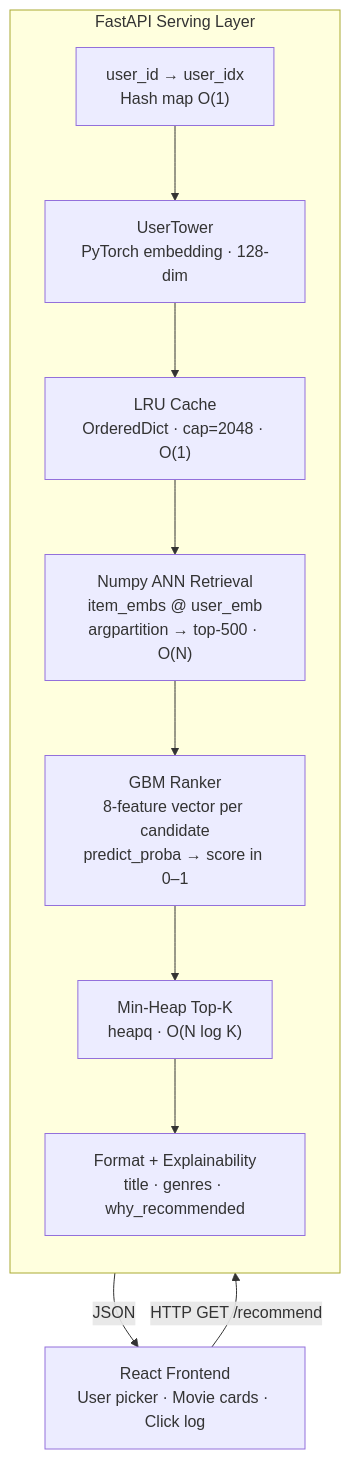
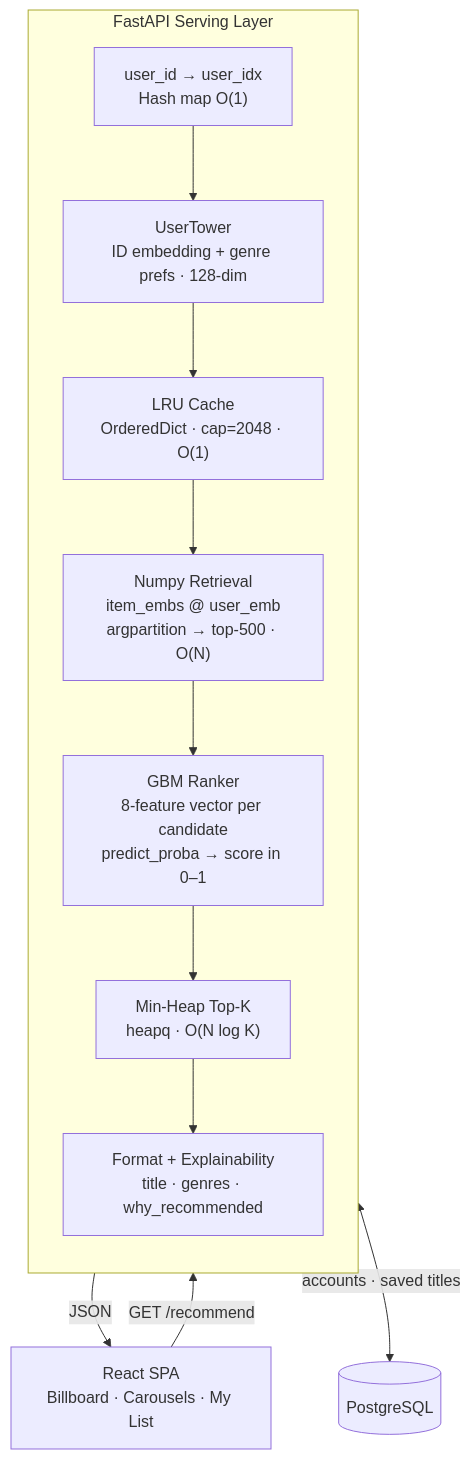
The diagram in README.md (Yadu080/Two-Tower_Recommendation_System), drawn with Mermaid before and after one commit. The commit also changed other lines of this file, not shown here.

````diff
--- a/README.md
+++ b/README.md
@@ -155,17 +180,18 @@
 ```mermaid
 flowchart TD
-    A[React Frontend\nUser picker · Movie cards · Click log] -->|HTTP GET /recommend| B
+    A[React SPA\nBillboard · Carousels · My List] -->|GET /recommend| B
 
     subgraph B[FastAPI Serving Layer]
         direction TB
         C[user_id → user_idx\nHash map O&lpar;1&rpar;]
-        --> D[UserTower\nPyTorch embedding · 128-dim]
+        --> D[UserTower\nID embedding + genre prefs · 128-dim]
         --> E[LRU Cache\nOrderedDict · cap=2048 · O&lpar;1&rpar;]
-        --> F[Numpy ANN Retrieval\nitem_embs @ user_emb\nargpartition → top-500 · O&lpar;N&rpar;]
+        --> F[Numpy Retrieval\nitem_embs @ user_emb\nargpartition → top-500 · O&lpar;N&rpar;]
         --> G[GBM Ranker\n8-feature vector per candidate\npredict_proba → score in 0–1]
         --> H[Min-Heap Top-K\nheapq · O&lpar;N log K&rpar;]
         --> I[Format + Explainability\ntitle · genres · why_recommended]
     end
 
+    B <-->|accounts · saved titles| J[(PostgreSQL)]
     I -->|JSON| A
 ```
````
